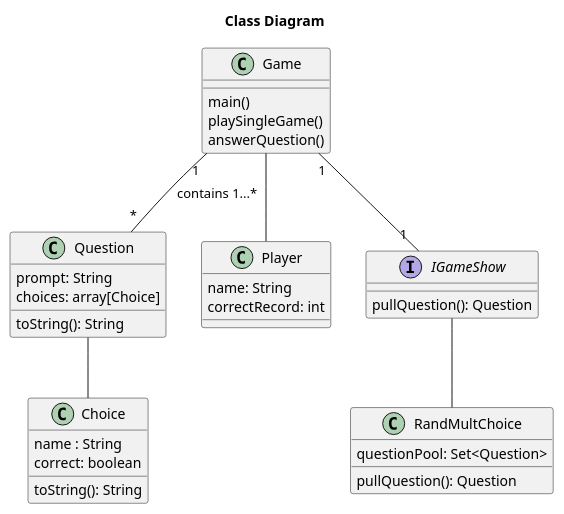
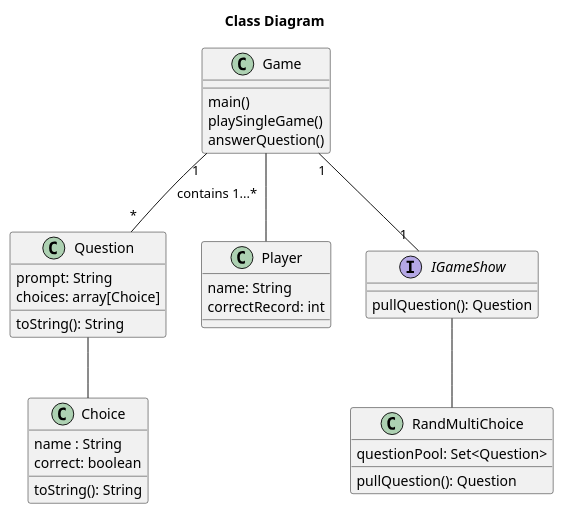
One commit to aczar09/Trivia-Game-Android changed the first of 4 diagrams in doc/design.md. Above: the diagram before and after it, drawn with PlantUML. The commit also changed other lines of this file, not shown here.

Commit message:
Changes to existing sequence diagrams

````diff
--- a/doc/design.md
+++ b/doc/design.md
@@ -11,36 +11,36 @@
 ```plantuml
 title Class Diagram
 ' classes
 class Game{
 main()
 playSingleGame()
 answerQuestion()
 }
 class Question{
     prompt: String
     choices: array[Choice]
     toString(): String
     
 }
 class Choice{
     name : String
     correct: boolean
     toString(): String
 }
 class Player{
 name: String
 correctRecord: int
 }
 interface IGameShow{
     pullQuestion(): Question
 }
 Game "1" -- "*" Question : contains 1...*
 Question -- Choice
 Game -- Player
 Game "1"-- " 1 " IGameShow
-class RandMultChoice{
+class RandMultiChoice{
     questionPool: Set<Question>
     pullQuestion(): Question
 }
-IGameShow -- RandMultChoice
+IGameShow -- RandMultiChoice
 ```
````
